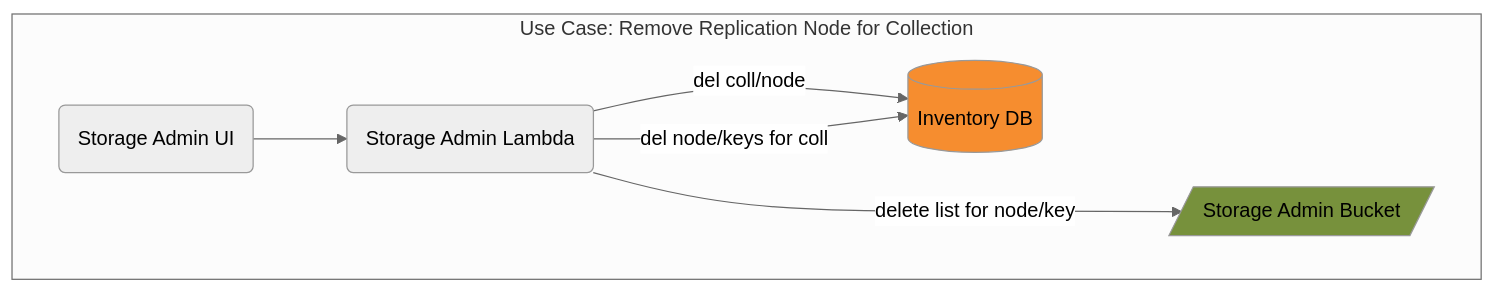
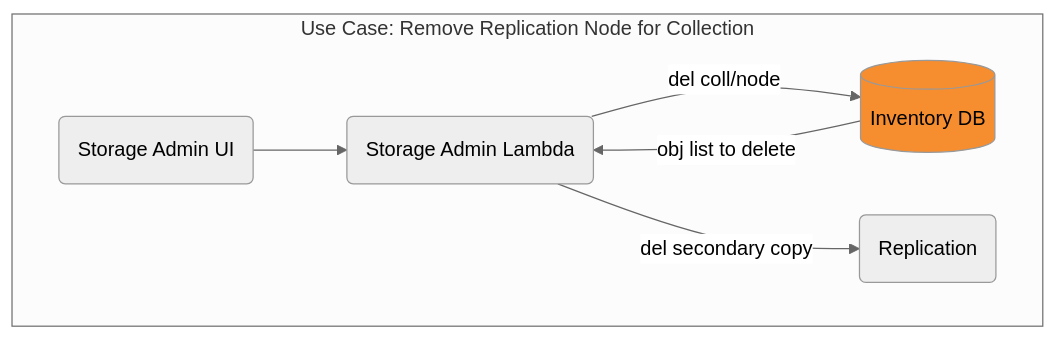
The diagram in diagrams/store-admin-del-node.mmd (CDLUC3/mrt-doc), drawn with Mermaid before and after one commit. The commit also changed 14 other files, not shown here.

```diff
--- a/diagrams/store-admin-del-node.mmd
+++ b/diagrams/store-admin-del-node.mmd
@@ -1,16 +1,15 @@
 %%{init: {'theme': 'neutral', 'securityLevel': 'loose'}}%%
 graph TD
   SAUI("Storage Admin UI")
   SA("Storage Admin Lambda")
   RDS[(Inventory DB)]
-  SABUCK[/"Storage Admin Bucket"/]
+  REPLIC(Replication)
 
   subgraph "Use Case: Remove Replication Node for Collection"
     SAUI-->SA
     SA-->|"del coll/node"|RDS
-    SA--->|"delete list for node/key"|SABUCK
-    SA-->|"del node/keys for coll"|RDS
+    RDS-->|"obj list to delete"|SA
+    SA-->|"del secondary copy"|REPLIC
   end
 
   style RDS fill:#F68D2F
-  style SABUCK fill:#77913C
```
